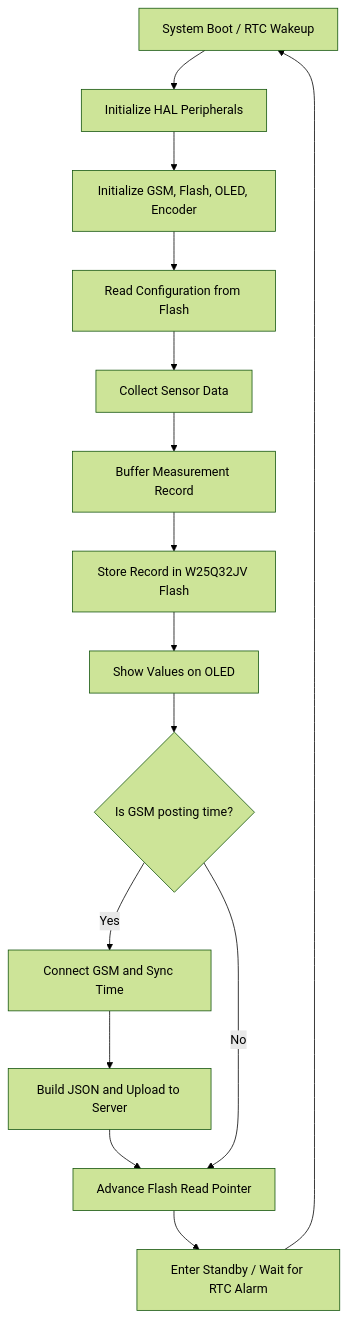
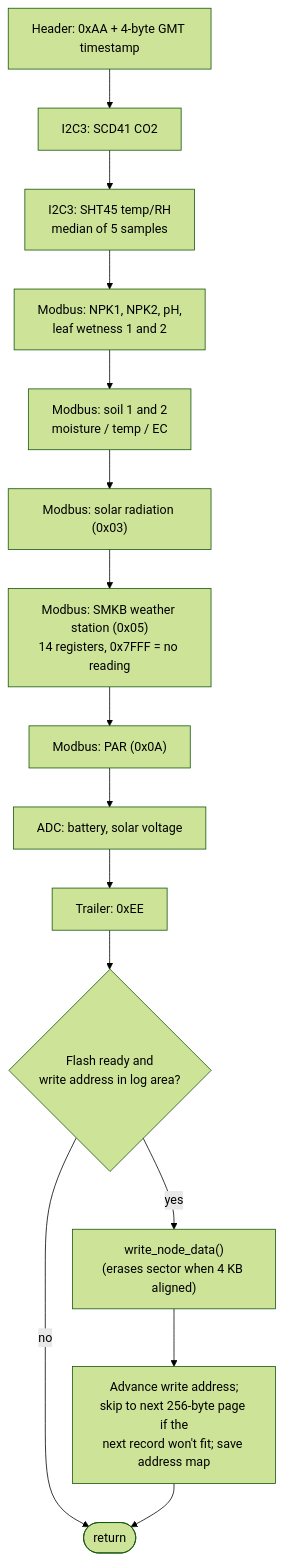
The fourth of 6 diagrams in README.md (anushka-prajose-tih/Closed_Loop_Irrigation), drawn with Mermaid (forest theme) before and after one commit. The commit also changed other lines of this file and 1 other file, not shown here.

````diff
--- a/README.md
+++ b/README.md
@@ -144,17 +208,17 @@
 ```mermaid
 flowchart TD
-    A[System Boot / RTC Wakeup] --> B[Initialize HAL Peripherals]
-    B --> C[Initialize GSM, Flash, OLED, Encoder]
-    C --> D[Read Configuration from Flash]
-    D --> E[Collect Sensor Data]
-    E --> F[Buffer Measurement Record]
-    F --> G[Store Record in W25Q32JV Flash]
-    G --> H[Show Values on OLED]
-    H --> I{Is GSM posting time?}
-    I -->|Yes| J[Connect GSM and Sync Time]
-    J --> K[Build JSON and Upload to Server]
-    K --> L[Advance Flash Read Pointer]
-    I -->|No| L
-    L --> M[Enter Standby / Wait for RTC Alarm]
-    M --> A
+    A["Header: 0xAA + 4-byte GMT timestamp"] --> B["I2C3: SCD41 CO2"]
+    B --> C["I2C3: SHT45 temp/RH<br>median of 5 samples"]
+    C --> D["Modbus: NPK1, NPK2, pH,<br>leaf wetness 1 and 2"]
+    D --> E["Modbus: soil 1 and 2<br>moisture / temp / EC"]
+    E --> F["Modbus: solar radiation (0x03)"]
+    F --> G["Modbus: SMKB weather station (0x05)<br>14 registers, 0x7FFF = no reading"]
+    G --> H["Modbus: PAR (0x0A)"]
+    H --> I["ADC: battery, solar voltage"]
+    I --> J["Trailer: 0xEE"]
+    J --> K{"Flash ready and<br>write address in log area?"}
+    K -->|no| END([return])
+    K -->|yes| L["write_node_data()<br>(erases sector when 4 KB aligned)"]
+    L --> M["Advance write address;<br>skip to next 256-byte page if the<br>next record won't fit; save address map"]
+    M --> END
 ```
````
